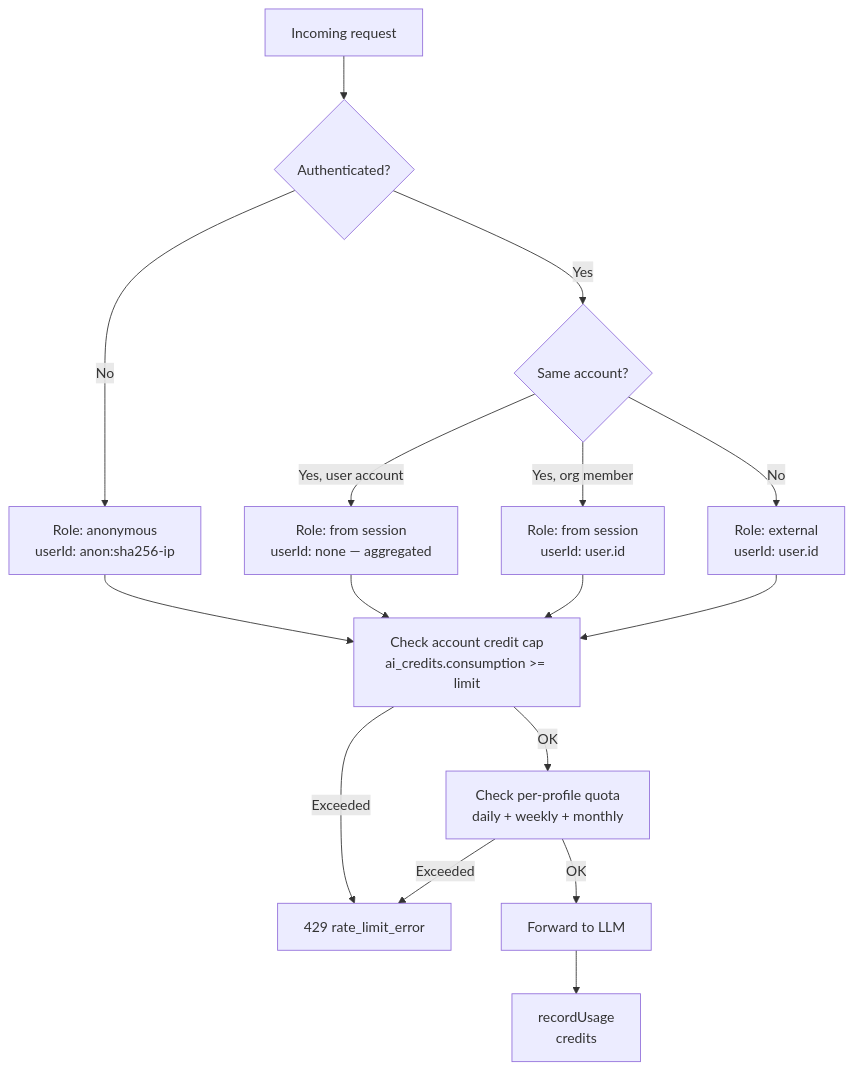
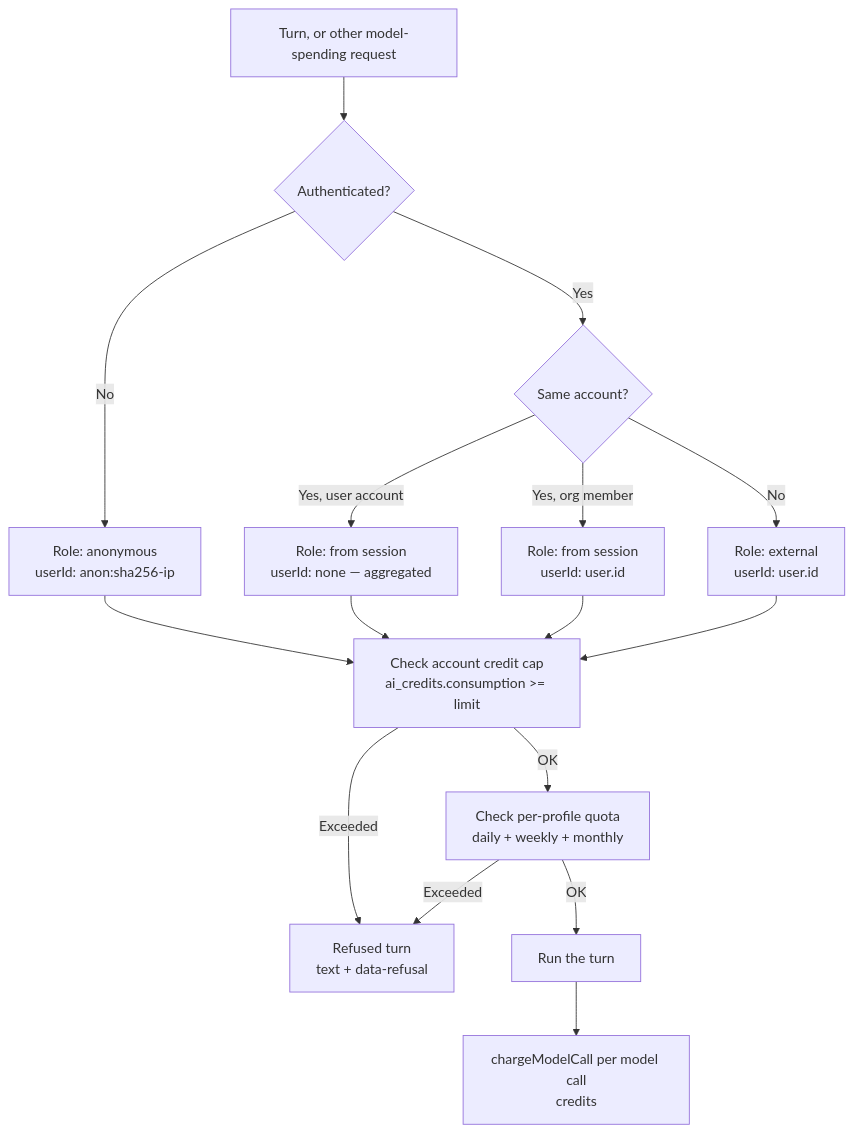
Before and after one commit to data-fair/agents: the diagram in docs/architecture/quotas-usage.md, drawn with Mermaid. The commit also changed other lines of this file and 696 other files, not shown here.

````diff
--- a/docs/architecture/quotas-usage.md
+++ b/docs/architecture/quotas-usage.md
@@ -5,24 +5,24 @@
 ```mermaid
 flowchart TD
-  Req[Incoming request] --> Auth{Authenticated?}
+  Req[Turn, or other model-spending request] --> Auth{Authenticated?}
 
   Auth -->|No| Anon[Role: anonymous<br/>userId: anon:sha256-ip]
   Auth -->|Yes| Same{Same account?}
 
   Same -->|Yes, user account| UserOwner[Role: from session<br/>userId: none — aggregated]
   Same -->|Yes, org member| OrgMember[Role: from session<br/>userId: user.id]
   Same -->|No| External[Role: external<br/>userId: user.id]
 
   Anon --> CC[Check account credit cap<br/>ai_credits.consumption >= limit]
   UserOwner --> CC
   OrgMember --> CC
   External --> CC
 
   CC -->|OK| RQ[Check per-profile quota<br/>daily + weekly + monthly]
-  CC -->|Exceeded| R429[429 rate_limit_error]
+  CC -->|Exceeded| Refuse[Refused turn<br/>text + data-refusal]
 
-  RQ -->|OK| LLM[Forward to LLM]
-  RQ -->|Exceeded| R429
+  RQ -->|OK| LLM[Run the turn]
+  RQ -->|Exceeded| Refuse
 
-  LLM --> Record[recordUsage<br/>credits]
+  LLM --> Record[chargeModelCall per model call<br/>credits]
 ```
````
